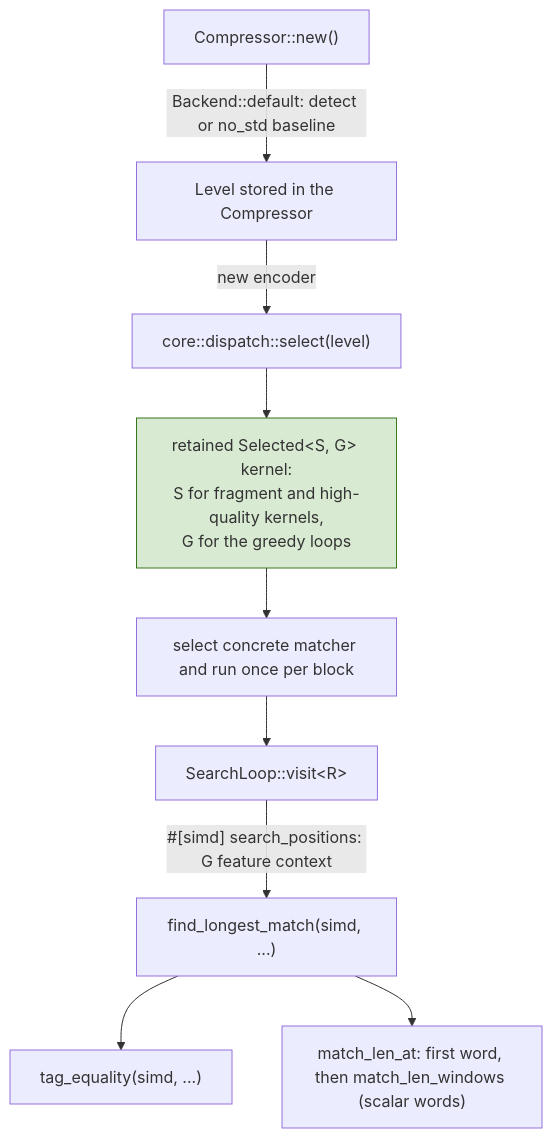
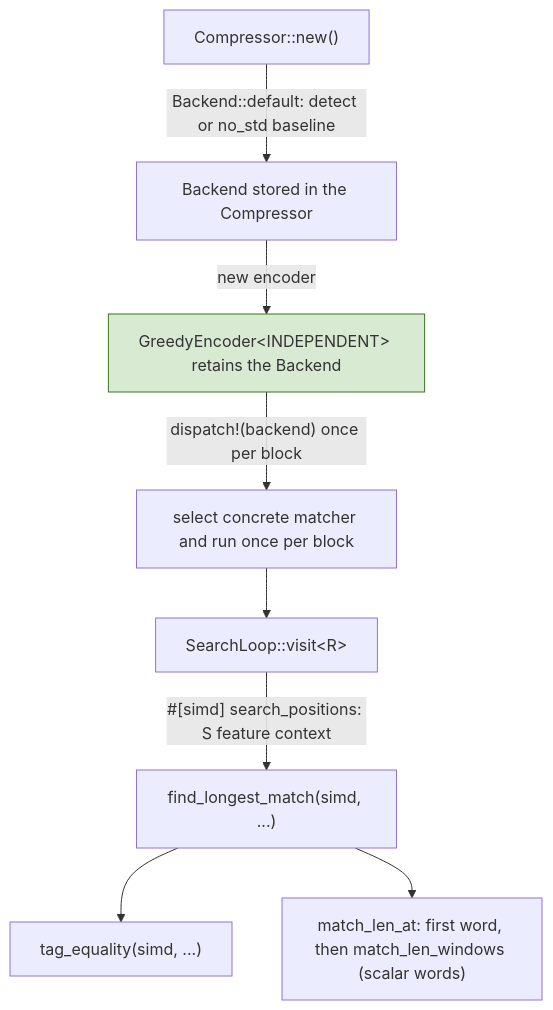
Before and after one commit to M-Compressors/mbrotli: diagram 20 of 20 in architecture/greedy-encoder.md, drawn with Mermaid. The commit also changed other lines of this file and 22 other files, not shown here.

Commit message:
remove dyn kernels and reuse default kernel for greedy

````diff
--- a/architecture/greedy-encoder.md
+++ b/architecture/greedy-encoder.md
@@ -1030,14 +1030,13 @@
 ```mermaid
 graph TD
-    A["Compressor::new()"] -->|"Backend::default: detect or no_std baseline"| B["Level stored in the Compressor"]
-    B -->|"new encoder"| C["core::dispatch::select(level)"]
-    C --> D["retained Selected&lt;S, G&gt; kernel:<br/>S for fragment and high-quality kernels,<br/>G for the greedy loops"]
-    D --> E["select concrete matcher and run once per block"]
+    A["Compressor::new()"] -->|"Backend::default: detect or no_std baseline"| B["Backend stored in the Compressor"]
+    B -->|"new encoder"| D["GreedyEncoder&lt;INDEPENDENT&gt; retains the Backend"]
+    D -->|"dispatch!(backend) once per block"| E["select concrete matcher and run once per block"]
     E --> V["SearchLoop::visit&lt;R&gt;"]
-    V -->|"#[simd] search_positions: G feature context"| F["find_longest_match(simd, ...)"]
+    V -->|"#[simd] search_positions: S feature context"| F["find_longest_match(simd, ...)"]
     F --> G1["tag_equality(simd, ...)"]
     F --> G2["match_len_at: first word, then match_len_windows (scalar words)"]
 
     classDef once fill:#d9ead3,stroke:#38761d;
     class D once;
 ```
````
